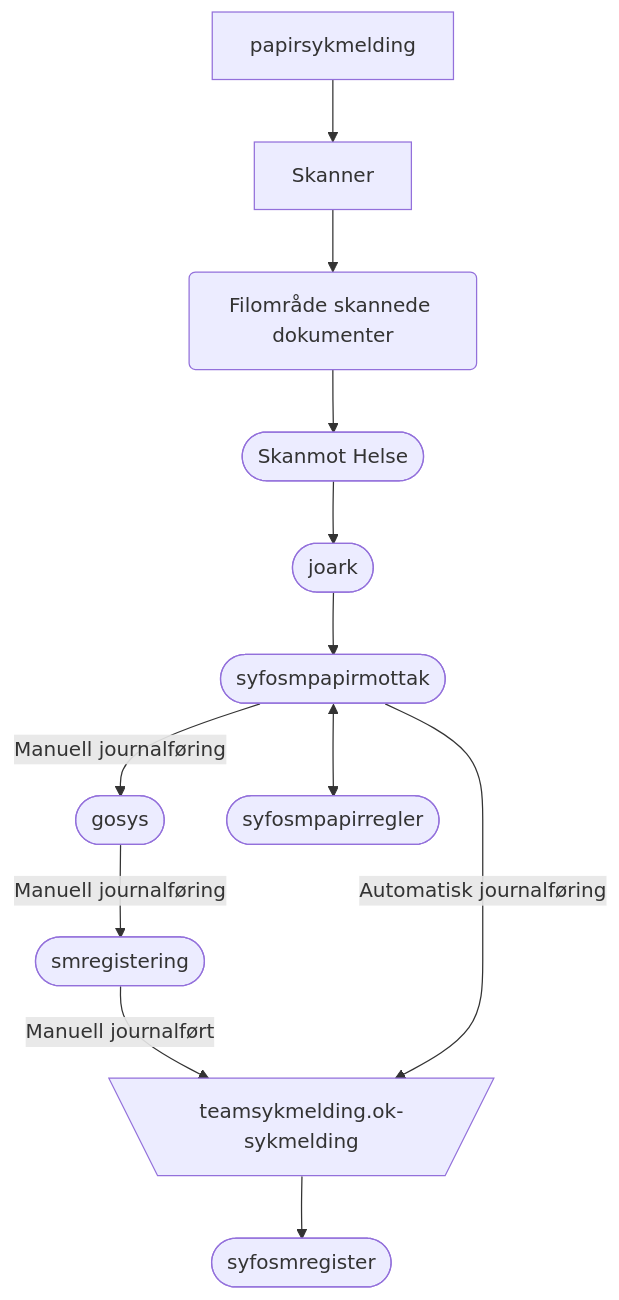
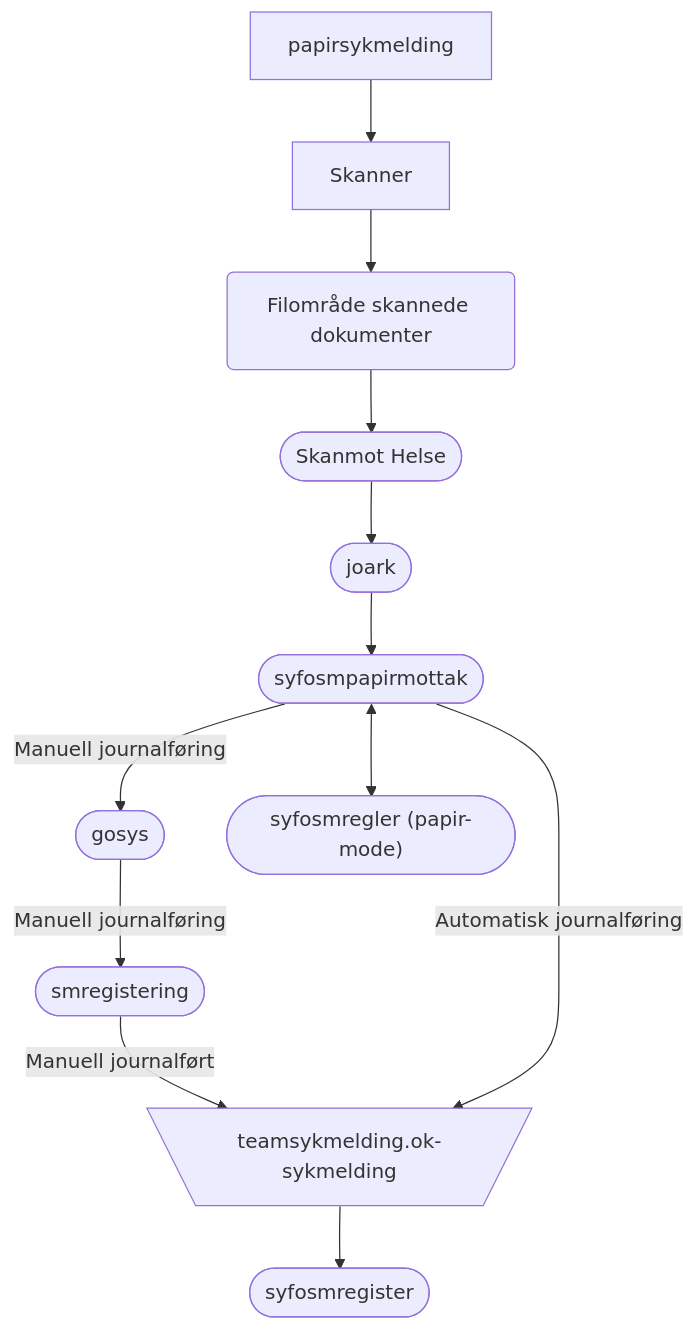
The diagram in README.md (navikt/syfosmpapirmottak), drawn with Mermaid before and after one commit. The commit also changed 7 other files, not shown here.

Commit message:
chore: use syfosmregler in papir-mode instead of syfosmpapirregler (#357)

````diff
--- a/README.md
+++ b/README.md
@@ -22,14 +22,14 @@
 ```mermaid
   graph TD
     papirsykmelding --> Skanner
     Skanner --> id1(Filområde skannede dokumenter)
     id1(Filområde skannede dokumenter) --> id2([Skanmot Helse])
     id2([Skanmot Helse]) --> id3([joark])
     id3([joark]) --> id4([syfosmpapirmottak])
     id4([syfosmpapirmottak]) -->|Manuell journalføring| id15([gosys])
     id15([gosys]) -->|Manuell journalføring| id5([smregistering])
     id5([smregistering]) -->|Manuell journalført| C[\teamsykmelding.ok-sykmelding/]
-    id4([syfosmpapirmottak]) <--> id6([syfosmpapirregler])
+    id4([syfosmpapirmottak]) <--> id6(["syfosmregler (papir-mode)"])
     id4([syfosmpapirmottak]) -->|Automatisk journalføring| C[\teamsykmelding.ok-sykmelding/]
     C[\teamsykmelding.ok-sykmelding/] --> id7([syfosmregister]) 
 ```
````
